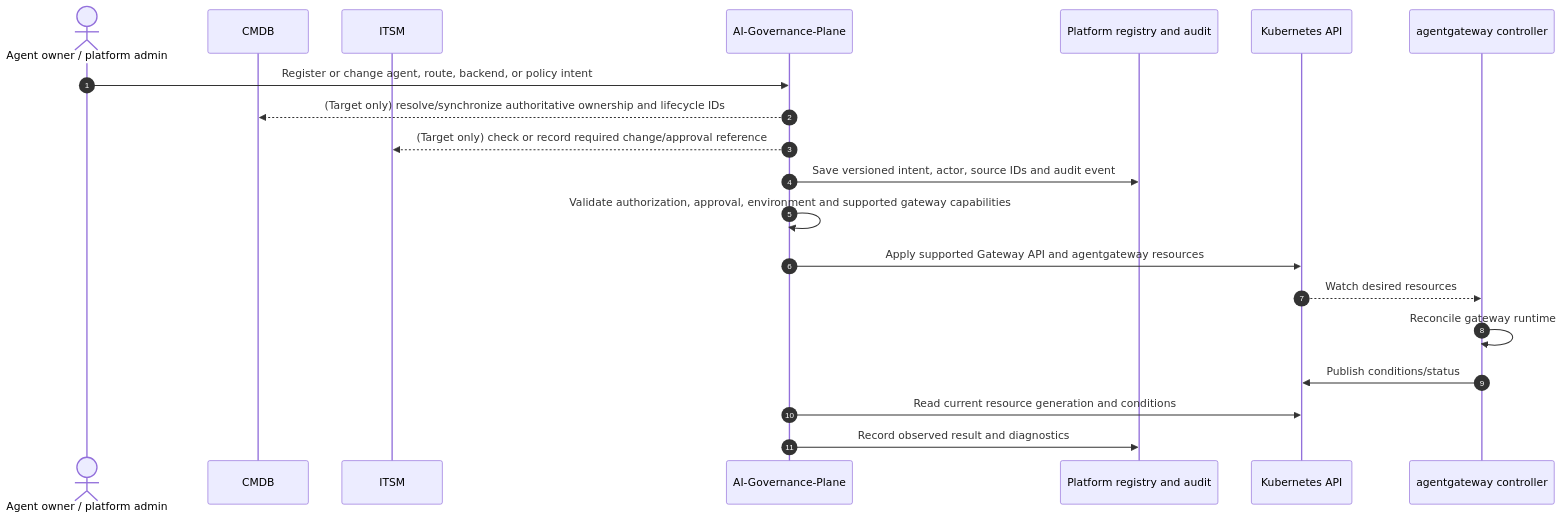
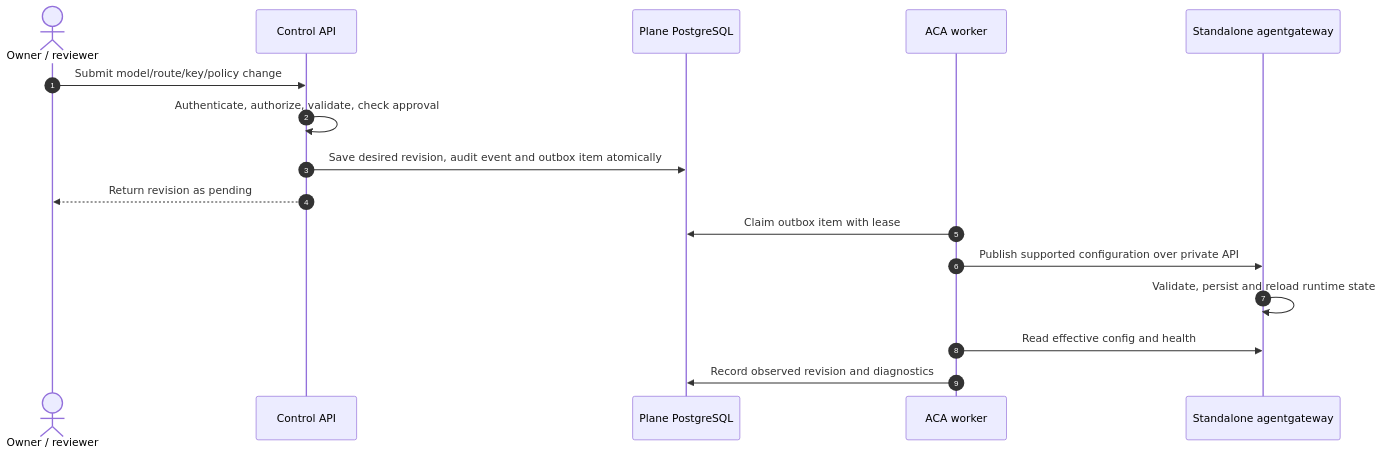
One commit to ramabaswa/AI-Governance-Plane changed the second of 2 diagrams in docs/architect.md. Above: the diagram before and after it, drawn with Mermaid. The commit also changed other lines of this file and 7 other files, not shown here.

First line of the commit message:
Implement Azure Container Apps deployment for Governance Plane

````diff
--- a/docs/architect.md
+++ b/docs/architect.md
@@ -165,23 +85,19 @@
 ```mermaid
 sequenceDiagram
     autonumber
-    actor Owner as Agent owner / platform admin
-    participant CMDB as CMDB
-    participant ITSM as ITSM
-    participant Plane as AI-Governance-Plane
-    participant Store as Platform registry and audit
-    participant Kube as Kubernetes API
-    participant Controller as agentgateway controller
+    actor Owner as Owner / reviewer
+    participant API as Control API
+    participant DB as Plane PostgreSQL
+    participant Worker as ACA worker
+    participant Gateway as Standalone agentgateway
 
-    Owner->>Plane: Register or change agent, route, backend, or policy intent
-    Plane-->>CMDB: (Target only) resolve/synchronize authoritative ownership and lifecycle IDs
-    Plane-->>ITSM: (Target only) check or record required change/approval reference
-    Plane->>Store: Save versioned intent, actor, source IDs and audit event
-    Plane->>Plane: Validate authorization, approval, environment and supported gateway capabilities
-    Plane->>Kube: Apply supported Gateway API and agentgateway resources
-    Kube-->>Controller: Watch desired resources
-    Controller->>Controller: Reconcile gateway runtime
-    Controller->>Kube: Publish conditions/status
-    Plane->>Kube: Read current resource generation and conditions
-    Plane->>Store: Record observed result and diagnostics
+    Owner->>API: Submit model/route/key/policy change
+    API->>API: Authenticate, authorize, validate, check approval
+    API->>DB: Save desired revision, audit event and outbox item atomically
+    API-->>Owner: Return revision as pending
+    Worker->>DB: Claim outbox item with lease
+    Worker->>Gateway: Publish supported configuration over private API
+    Gateway->>Gateway: Validate, persist and reload runtime state
+    Worker->>Gateway: Read effective config and health
+    Worker->>DB: Record observed revision and diagnostics
 ```
````
